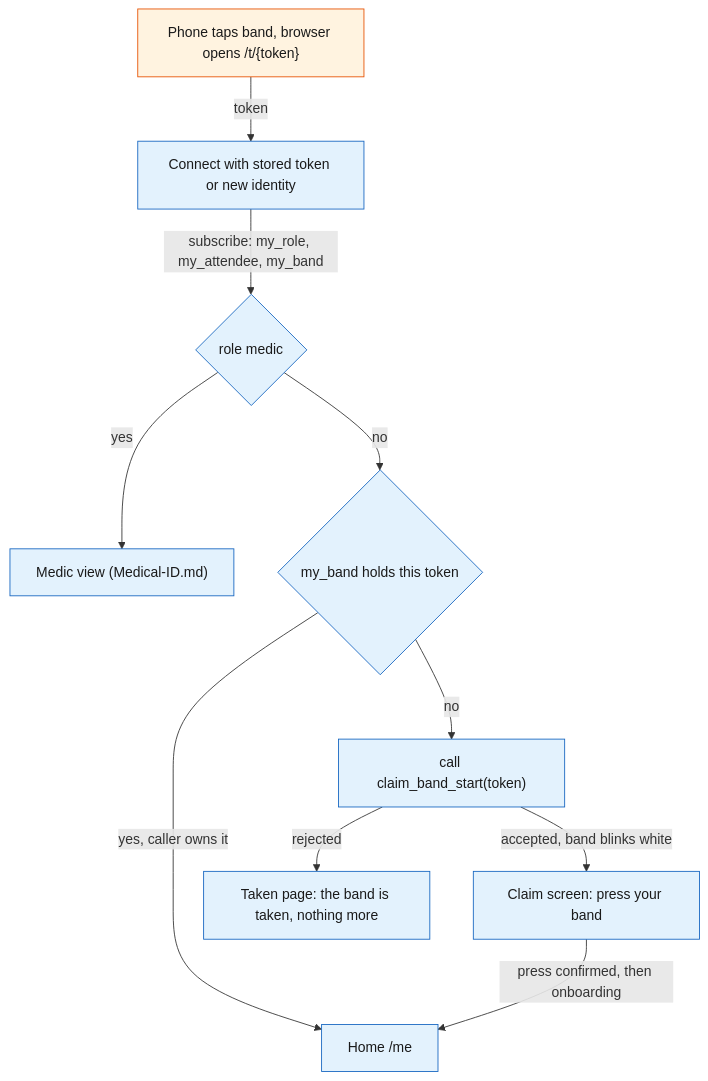
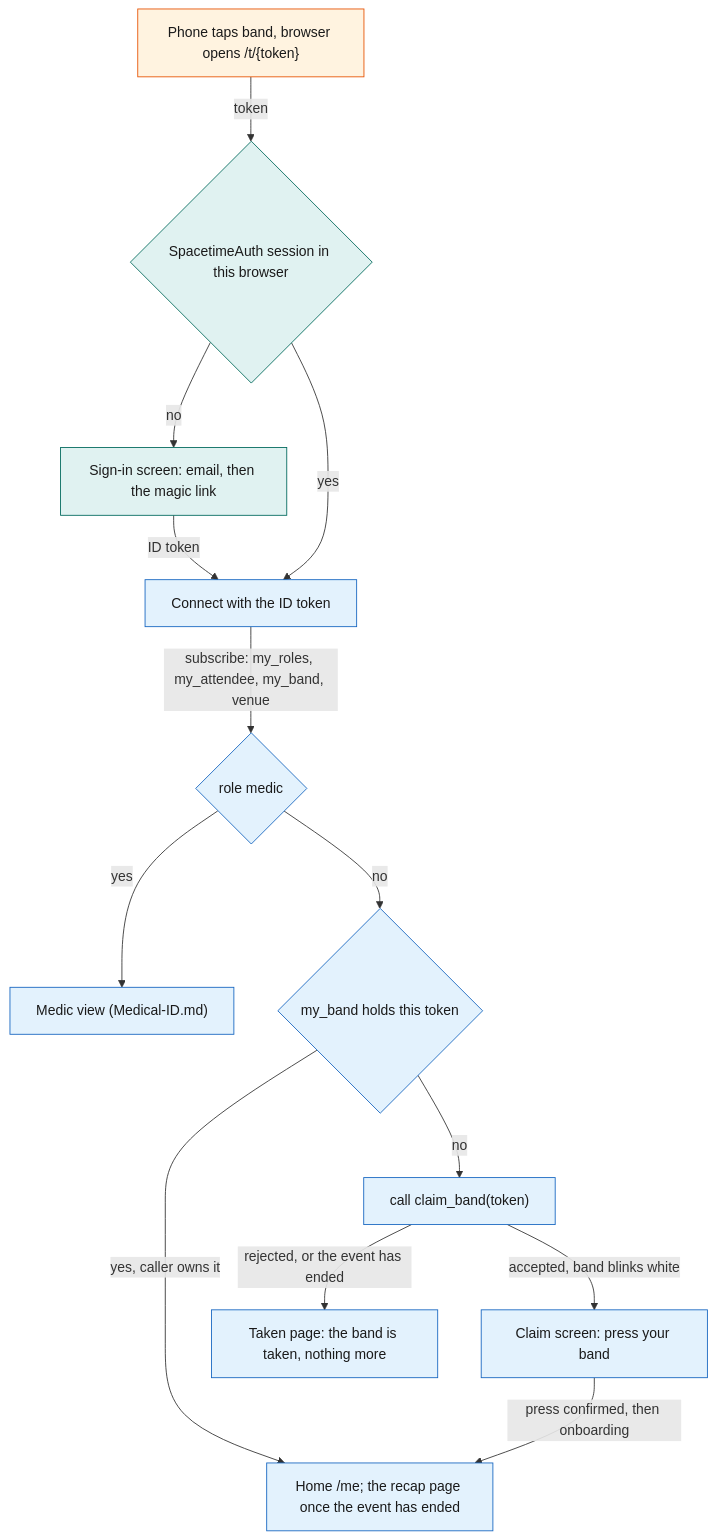
Before and after one commit to viktorinkov/cal-hacks-13: the first of 4 diagrams in System Design/5-apps/Attendee-App.md, drawn with Mermaid. The commit also changed other lines of this file and 21 other files, not shown here.

Commit message:
Align system design with sign-in, recap and builds

````diff
--- a/System Design/5-apps/Attendee-App.md
+++ b/System Design/5-apps/Attendee-App.md
@@ -72,16 +71,21 @@
 ```mermaid
 flowchart TD
-    Tap["Phone taps band, browser opens /t/{token}"] -->|"token"| Conn["Connect with stored token or new identity"]
-    Conn -->|"subscribe: my_role, my_attendee, my_band"| Medic{"role medic"}
+    Tap["Phone taps band, browser opens /t/{token}"] -->|"token"| Sess{"SpacetimeAuth session in this browser"}
+    Sess -->|"no"| SignIn["Sign-in screen: email, then the magic link"]
+    SignIn -->|"ID token"| Conn["Connect with the ID token"]
+    Sess -->|"yes"| Conn
+    Conn -->|"subscribe: my_roles, my_attendee, my_band, venue"| Medic{"role medic"}
     Medic -->|"yes"| MedicView["Medic view (Medical-ID.md)"]
     Medic -->|"no"| Mine{"my_band holds this token"}
-    Mine -->|"yes, caller owns it"| Home["Home /me"]
-    Mine -->|"no"| Start["call claim_band_start(token)"]
+    Mine -->|"yes, caller owns it"| Home["Home /me; the recap page once the event has ended"]
+    Mine -->|"no"| Start["call claim_band(token)"]
     Start -->|"accepted, band blinks white"| Claim["Claim screen: press your band"]
-    Start -->|"rejected"| Taken["Taken page: the band is taken, nothing more"]
+    Start -->|"rejected, or the event has ended"| Taken["Taken page: the band is taken, nothing more"]
     Claim -->|"press confirmed, then onboarding"| Home
     classDef web fill:#E3F2FD,stroke:#1565C0,color:#1A1A1A
     classDef device fill:#FFF3E0,stroke:#E65100,color:#1A1A1A
+    classDef ext fill:#E0F2F1,stroke:#00695C,color:#1A1A1A
     class Conn,Medic,Mine,Start,MedicView,Claim,Home,Taken web
     class Tap device
+    class Sess,SignIn ext
 ```
````
